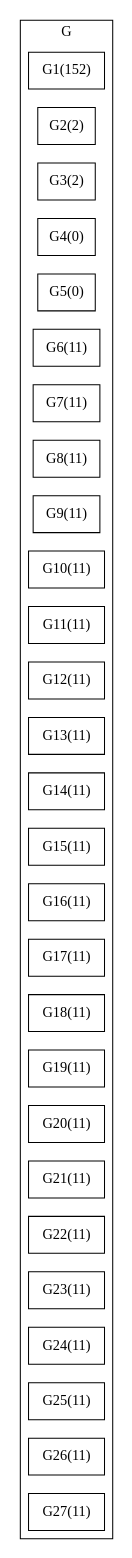
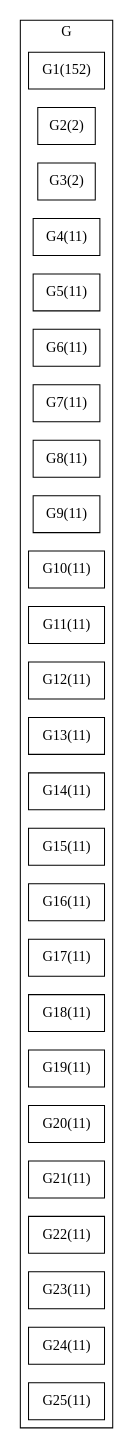
The diagram in evaluation/dot/BG_bom1_chrome_irinawerning_com_back-to-the-fut_back-to-the-future_.dot (asanoja/segmentations), drawn with Graphviz before and after one commit. The commit also changed 41 other files, not shown here.

```diff
--- a/evaluation/dot/BG_bom1_chrome_irinawerning_com_back-to-the-fut_back-to-the-future_.dot
+++ b/evaluation/dot/BG_bom1_chrome_irinawerning_com_back-to-the-fut_back-to-the-future_.dot
@@ -1,44 +1,42 @@
 strict graph BCG {
 rankdir=LR;
 splines=true;
 ranksep="8 equally";
 concentrate = true;
 node [shape=rectangle];
 subgraph cluster_G {
 label = "G";
 color=black;
 rank="same"
 G1 [label="G1(152)"];
 G2 [label="G2(2)"];
 G3 [label="G3(2)"];
-G4 [label="G4(0)"];
-G5 [label="G5(0)"];
+G4 [label="G4(11)"];
+G5 [label="G5(11)"];
 G6 [label="G6(11)"];
 G7 [label="G7(11)"];
 G8 [label="G8(11)"];
 G9 [label="G9(11)"];
 G10 [label="G10(11)"];
 G11 [label="G11(11)"];
 G12 [label="G12(11)"];
 G13 [label="G13(11)"];
 G14 [label="G14(11)"];
 G15 [label="G15(11)"];
 G16 [label="G16(11)"];
 G17 [label="G17(11)"];
 G18 [label="G18(11)"];
 G19 [label="G19(11)"];
 G20 [label="G20(11)"];
 G21 [label="G21(11)"];
 G22 [label="G22(11)"];
 G23 [label="G23(11)"];
 G24 [label="G24(11)"];
 G25 [label="G25(11)"];
-G26 [label="G26(11)"];
-G27 [label="G27(11)"];
 }
 subgraph cluster_P {
 label = "P";
 color="black";
 rank="same"
 }
 }
```
